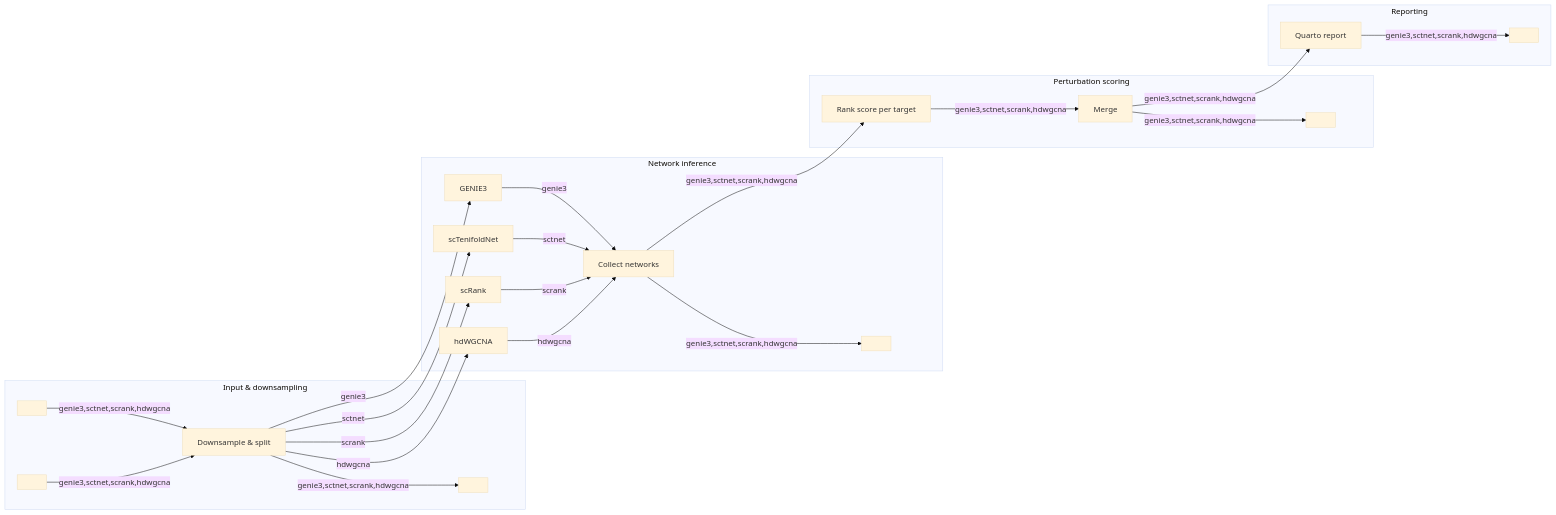
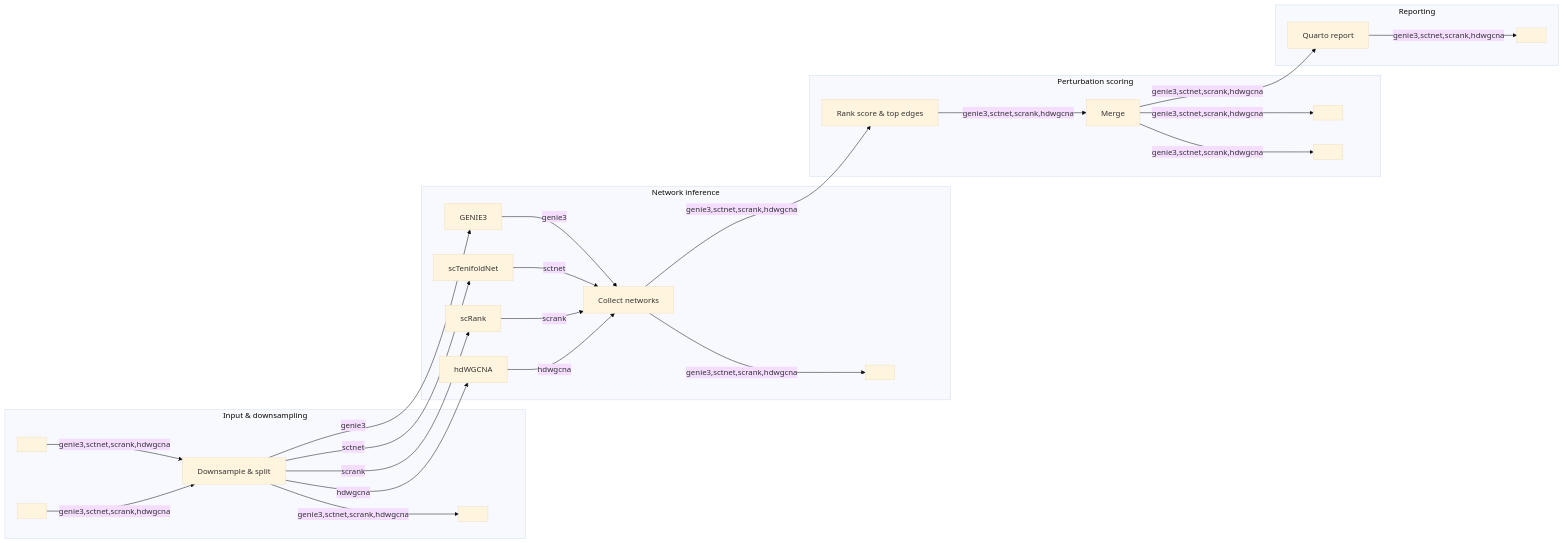
Before and after one commit to MCBLab/NetPerturb: the diagram in docs/netperturb_metro.mmd, drawn with Mermaid (base theme). The commit also changed 7 other files, not shown here.

```diff
--- a/docs/netperturb_metro.mmd
+++ b/docs/netperturb_metro.mmd
@@ -1,93 +1,99 @@
 %%metro title: MCBLab/NetPerturb
 %%metro style: dark
 %%metro legend: bl
 %%metro compact_offsets: true
 
 %% One metro line per --network method. The four are mutually exclusive:
 %% a run rides exactly one line from end to end.
 %%metro line: genie3  | --network genie3  (GENIE3)         | #2db572
 %%metro line: sctnet  | --network sctnet  (scTenifoldNet)  | #0570b0
 %%metro line: scrank  | --network scrank  (scRank)         | #e6550d
 %%metro line: hdwgcna | --network hdwgcna (hdWGCNA)        | #756bb1
 
 %% Pipeline inputs (--obj, --target) and published outputs
 %%metro file:  obj_in      | RDS  | --obj
 %%metro file:  targets_in  | TXT  | --target
 %%metro files: net_rds     | RDS  | Network weights
 %%metro file:  score_txt   | TXT  | Scores
+%%metro file:  conn_txt    | TXT  | Top connections
 %%metro file:  umap_png    | PNG  | UMAP
 %%metro file:  report_html | HTML | Report
 
 %% Lift published outputs off the track so they hang above it as termini
-%%metro off_track: umap_png, net_rds, score_txt
+%%metro off_track: umap_png, net_rds, score_txt, conn_txt
 
 %% Station -> Nextflow process, for `nf-metro serve` live overlays
 %%metro process: downsample  | DOWNSAMPLE
 %%metro process: genie3_net  | GENIE3
 %%metro process: sctnet_net  | SCTENIFOLDNET
 %%metro process: scrank_net  | SCRANK
 %%metro process: hdwgcna_net | HDWGCNA
 %%metro process: rank_score  | RANK_SCORE
 %%metro process: merge       | MERGE
 %%metro process: report      | REPORT
 
 graph LR
     subgraph input [Input & downsampling]
         %%metro exit: right | genie3, sctnet, scrank, hdwgcna
         obj_in[ ]
         targets_in[ ]
         downsample[Downsample & split]
         umap_png[ ]
 
         obj_in -->|genie3,sctnet,scrank,hdwgcna| downsample
         targets_in -->|genie3,sctnet,scrank,hdwgcna| downsample
         downsample -->|genie3,sctnet,scrank,hdwgcna| umap_png
     end
 
     subgraph inference [Network inference]
         %%metro entry: left | genie3, sctnet, scrank, hdwgcna
         %%metro exit: right | genie3, sctnet, scrank, hdwgcna
         genie3_net[GENIE3]
         sctnet_net[scTenifoldNet]
         scrank_net[scRank]
         hdwgcna_net[hdWGCNA]
         collect_nets[Collect networks]
         net_rds[ ]
 
         genie3_net -->|genie3| collect_nets
         sctnet_net -->|sctnet| collect_nets
         scrank_net -->|scrank| collect_nets
         hdwgcna_net -->|hdwgcna| collect_nets
         collect_nets -->|genie3,sctnet,scrank,hdwgcna| net_rds
     end
 
     subgraph scoring [Perturbation scoring]
         %%metro entry: left | genie3, sctnet, scrank, hdwgcna
         %%metro exit: right | genie3, sctnet, scrank, hdwgcna
-        rank_score[Rank score per target]
+        rank_score[Rank score & top edges]
         merge[Merge]
         score_txt[ ]
+        conn_txt[ ]
 
         rank_score -->|genie3,sctnet,scrank,hdwgcna| merge
         merge -->|genie3,sctnet,scrank,hdwgcna| score_txt
+        merge -->|genie3,sctnet,scrank,hdwgcna| conn_txt
     end
 
     subgraph reporting [Reporting]
         %%metro entry: left | genie3, sctnet, scrank, hdwgcna
         report[Quarto report]
         report_html[ ]
 
         report -->|genie3,sctnet,scrank,hdwgcna| report_html
     end
 
     %% The per-identity objects fan out into whichever method was selected.
     downsample -->|genie3| genie3_net
     downsample -->|sctnet| sctnet_net
     downsample -->|scrank| scrank_net
     downsample -->|hdwgcna| hdwgcna_net
 
     %% All per-identity networks are collected and scored against every target.
     collect_nets -->|genie3,sctnet,scrank,hdwgcna| rank_score
 
-    %% The merged score table is rendered into the HTML report.
+    %% Both merged tables are rendered into the HTML report. REPORT also embeds
+    %% the UMAP published in section 1; that feed is left off the map, since a
+    %% section 1 -> section 4 edge would sweep the whole width and read as a
+    %% route rather than as the side artefact it is.
     merge -->|genie3,sctnet,scrank,hdwgcna| report
```
